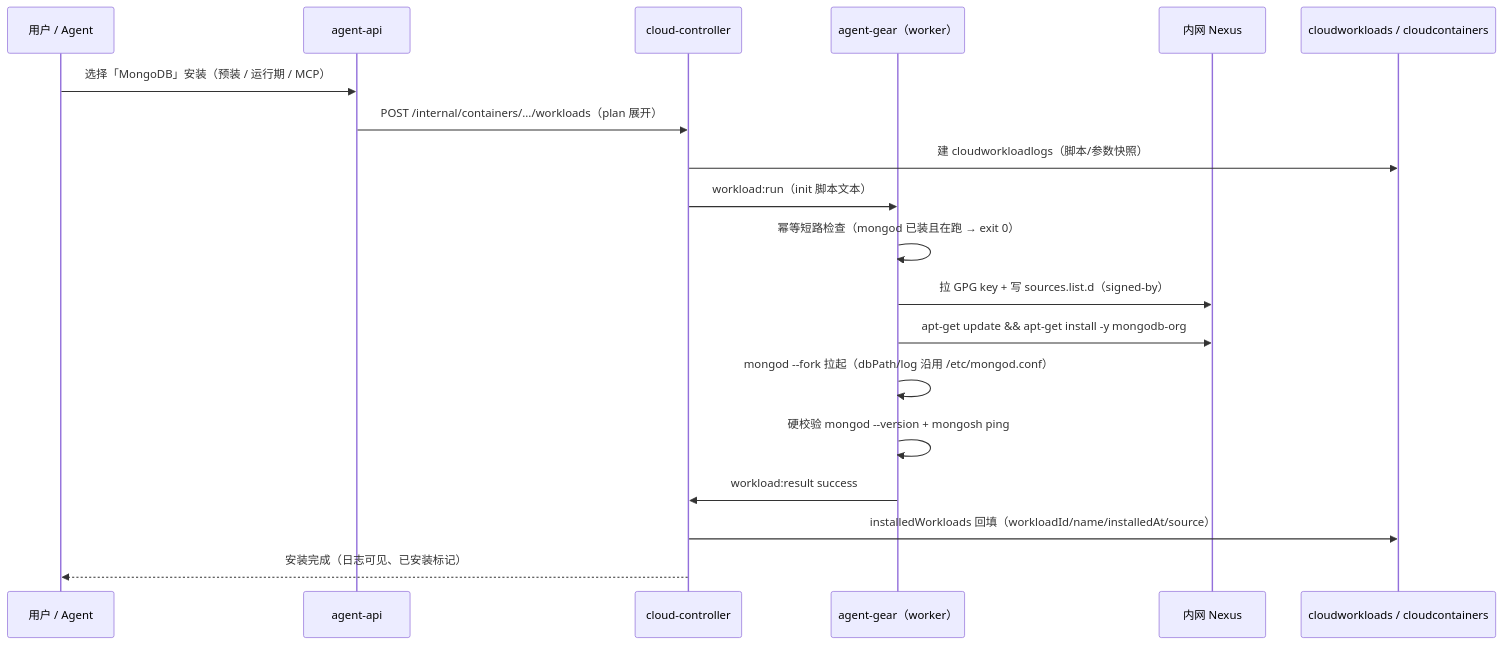
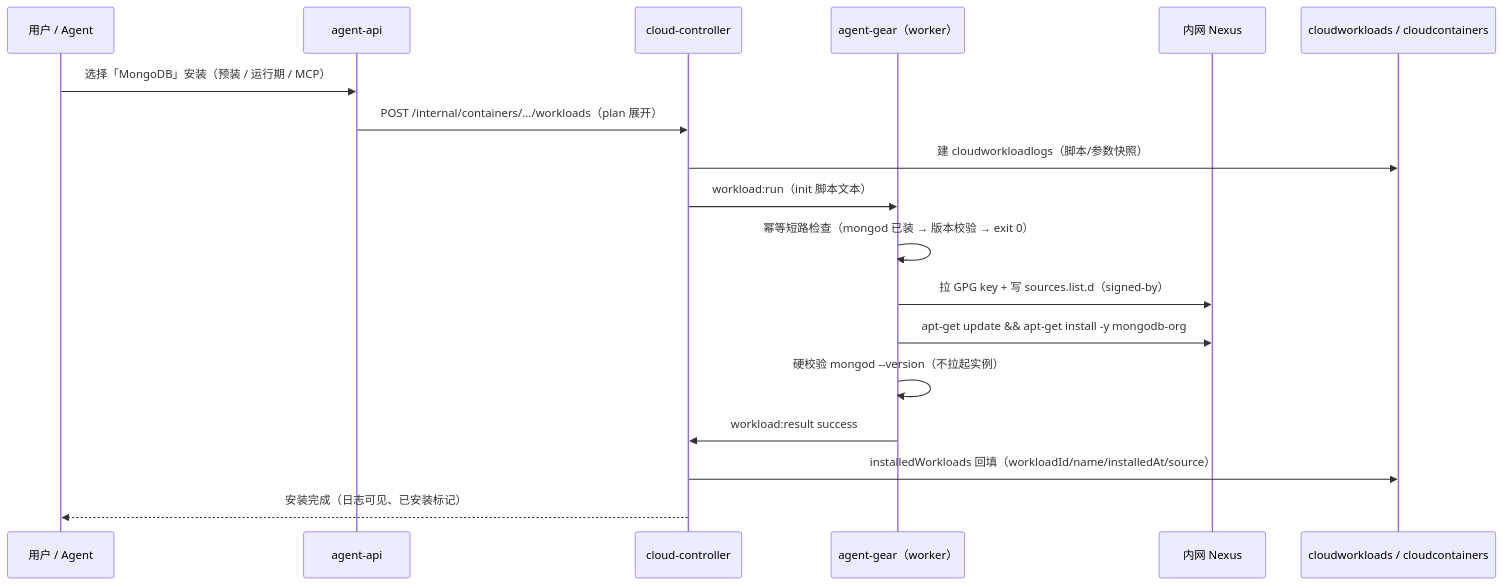
One commit to Deliay/z-agent-gear changed the third of 3 diagrams in docs/engineering/proposals/20261028-feat-mongodb-workload.md. Above: the diagram before and after it, drawn with Mermaid. The commit also changed other lines of this file and 3 other files, not shown here.

First line of the commit message:
docs(mongodb-workload): 返工修订——仅 mongod --version 硬校验、不拉起 mongod 实例

````diff
--- a/docs/engineering/proposals/20261028-feat-mongodb-workload.md
+++ b/docs/engineering/proposals/20261028-feat-mongodb-workload.md
@@ -154,22 +156,21 @@
 ```mermaid
 sequenceDiagram
     participant U as 用户 / Agent
     participant AG as agent-api
     participant CC as cloud-controller
     participant W as agent-gear（worker）
     participant NX as 内网 Nexus
     participant DB as cloudworkloads / cloudcontainers
 
     U->>AG: 选择「MongoDB」安装（预装 / 运行期 / MCP）
     AG->>CC: POST /internal/containers/.../workloads（plan 展开）
     CC->>DB: 建 cloudworkloadlogs（脚本/参数快照）
     CC->>W: workload:run（init 脚本文本）
-    W->>W: 幂等短路检查（mongod 已装且在跑 → exit 0）
+    W->>W: 幂等短路检查（mongod 已装 → 版本校验 → exit 0）
     W->>NX: 拉 GPG key + 写 sources.list.d（signed-by）
     W->>NX: apt-get update && apt-get install -y mongodb-org
-    W->>W: mongod --fork 拉起（dbPath/log 沿用 /etc/mongod.conf）
-    W->>W: 硬校验 mongod --version + mongosh ping
+    W->>W: 硬校验 mongod --version（不拉起实例）
     W->>CC: workload:result success
     CC->>DB: installedWorkloads 回填（workloadId/name/installedAt/source）
     CC-->>U: 安装完成（日志可见、已安装标记）
 ```
````
